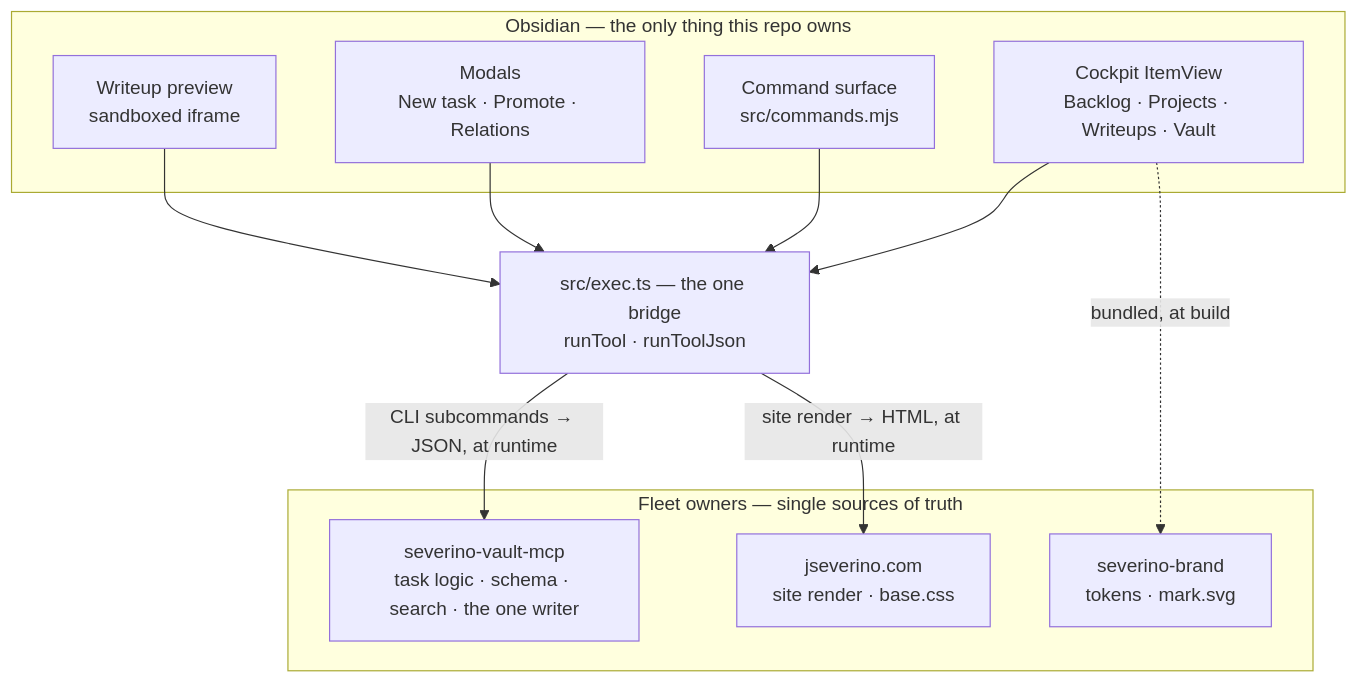
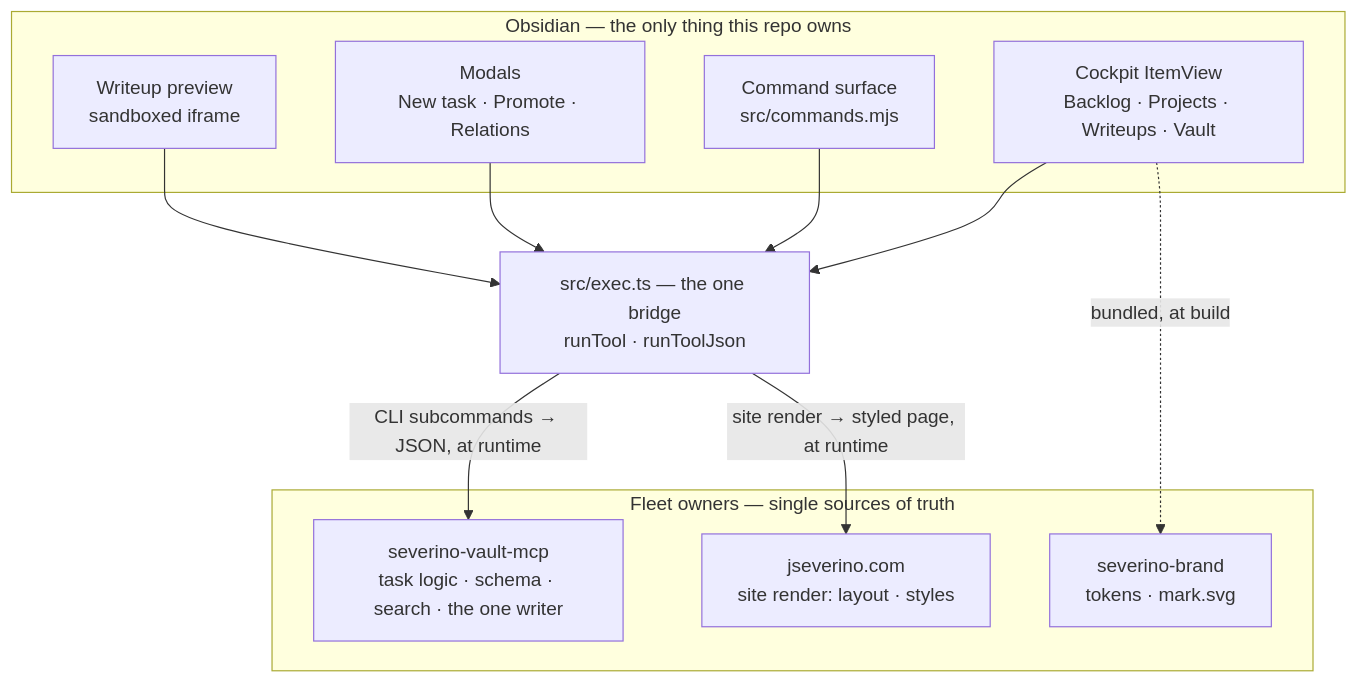
Before and after one commit to joeseverino/severino-obsidian: the diagram in docs/diagrams/architecture.mmd, drawn with Mermaid. The commit also changed 11 other files, not shown here.

Commit message:
fix: preview shows the styled page site render returns; the plugin stops bundling site CSS

```diff
--- a/docs/diagrams/architecture.mmd
+++ b/docs/diagrams/architecture.mmd
@@ -1,24 +1,24 @@
 flowchart TB
     subgraph editor["Obsidian — the only thing this repo owns"]
         cockpit["Cockpit ItemView<br/>Backlog · Projects · Writeups · Vault"]
         cmds["Command surface<br/>src/commands.mjs"]
         modals["Modals<br/>New task · Promote · Relations"]
         preview["Writeup preview<br/>sandboxed iframe"]
     end
 
     bridge["src/exec.ts — the one bridge<br/>runTool · runToolJson"]
 
     cockpit --> bridge
     cmds --> bridge
     modals --> bridge
     preview --> bridge
 
     subgraph owners["Fleet owners — single sources of truth"]
         mcp["severino-vault-mcp<br/>task logic · schema · search · the one writer"]
-        site["jseverino.com<br/>site render · base.css"]
+        site["jseverino.com<br/>site render: layout · styles"]
         brand["severino-brand<br/>tokens · mark.svg"]
     end
 
     bridge -->|"CLI subcommands → JSON, at runtime"| mcp
-    bridge -->|"site render → HTML, at runtime"| site
+    bridge -->|"site render → styled page, at runtime"| site
     cockpit -.->|"bundled, at build"| brand
```
